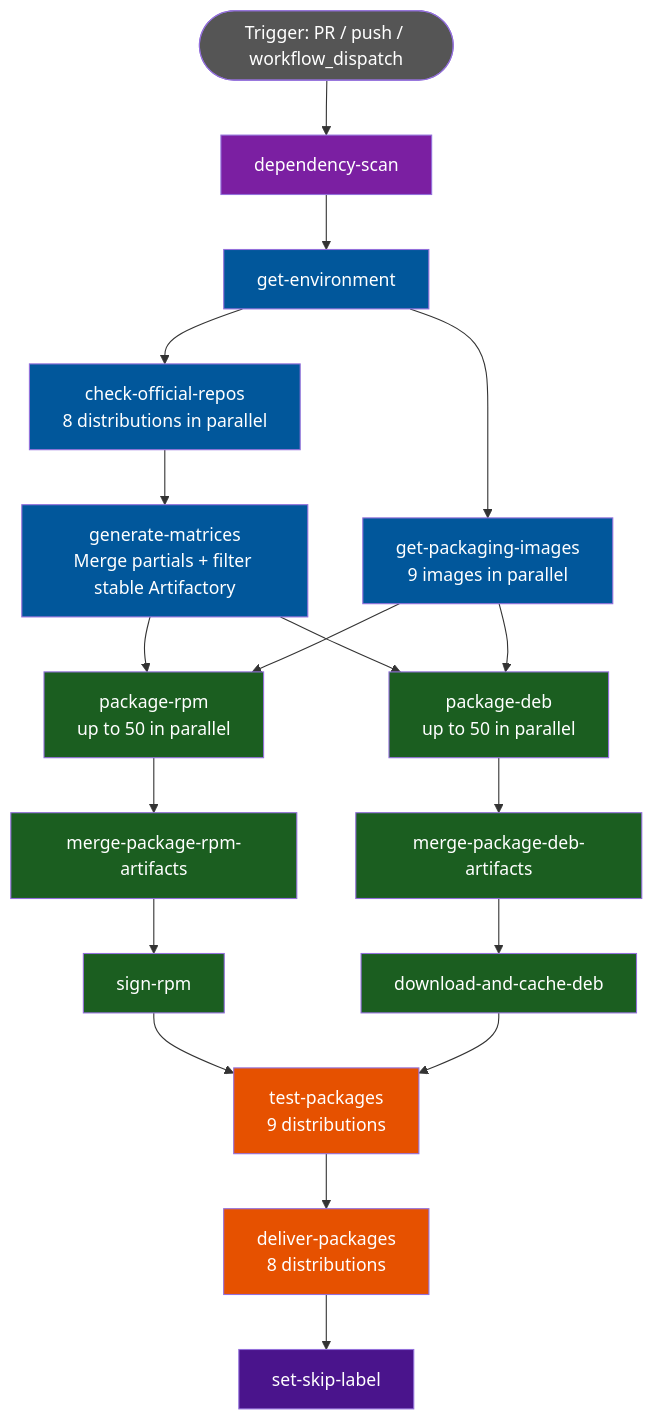
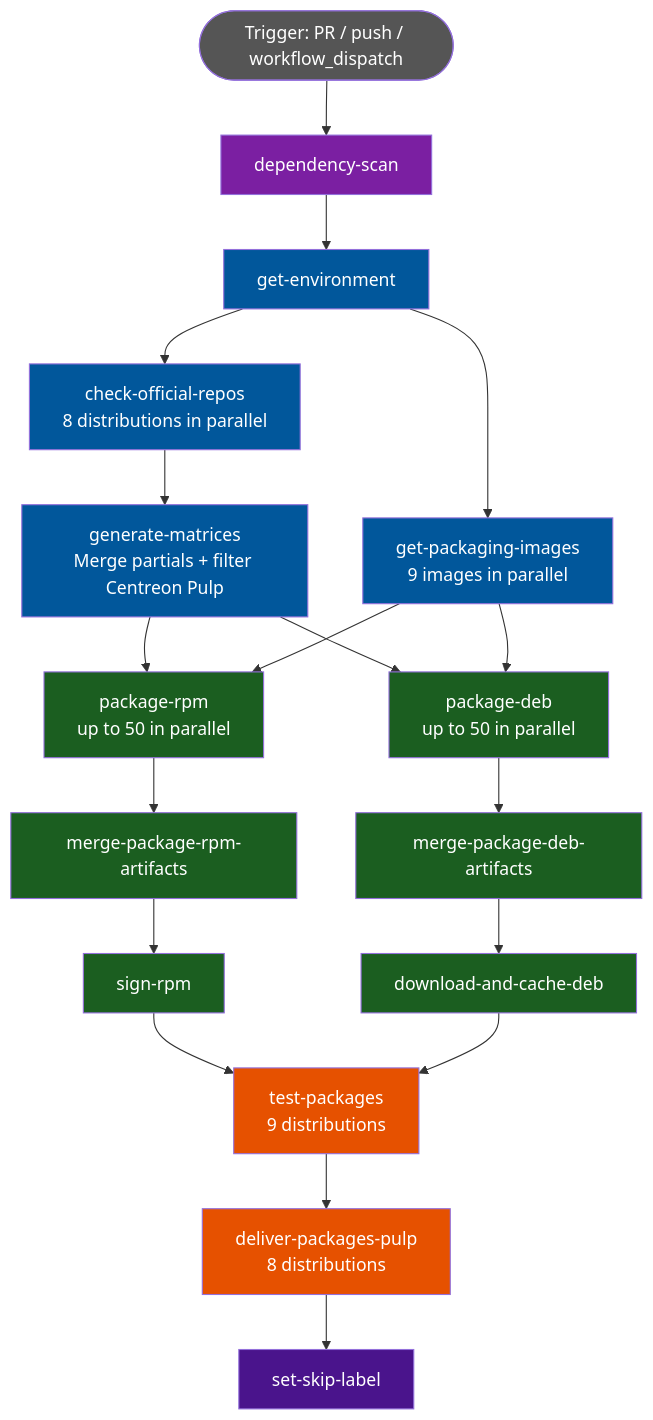
The first of 2 diagrams in doc/en/developer/perl-cpan-libraries-ci.md (centreon/centreon-plugins), drawn with Mermaid before and after one commit. The commit also changed other lines of this file and 21 other files, not shown here.

````diff
--- a/doc/en/developer/perl-cpan-libraries-ci.md
+++ b/doc/en/developer/perl-cpan-libraries-ci.md
@@ -13,42 +13,42 @@
 ```mermaid
 flowchart TD
     TRIGGER([Trigger: PR / push / workflow_dispatch]) --> DEP[dependency-scan]
     DEP --> ENV[get-environment]
 
     ENV --> CHK[check-official-repos\n8 distributions in parallel]
     ENV --> GPI[get-packaging-images\n9 images in parallel]
 
-    CHK --> GEN[generate-matrices\nMerge partials + filter stable Artifactory]
+    CHK --> GEN[generate-matrices\nMerge partials + filter Centreon Pulp]
     GEN --> PRPM[package-rpm\nup to 50 in parallel]
     GEN --> PDEB[package-deb\nup to 50 in parallel]
     GPI --> PRPM
     GPI --> PDEB
 
     PRPM --> MRPM[merge-package-rpm-artifacts]
     PDEB --> MDEB[merge-package-deb-artifacts]
 
     MRPM --> SIGN[sign-rpm]
     MDEB --> CDEB[download-and-cache-deb]
 
     SIGN --> TEST[test-packages\n9 distributions]
     CDEB --> TEST
 
-    TEST --> DP[deliver-packages\n8 distributions]
+    TEST --> DP[deliver-packages-pulp\n8 distributions]
     DP --> SKIP[set-skip-label]
 
     style TRIGGER fill:#555,color:#fff
     style DEP fill:#7b1fa2,color:#fff
     style ENV fill:#01579b,color:#fff
     style CHK fill:#01579b,color:#fff
     style GPI fill:#01579b,color:#fff
     style GEN fill:#01579b,color:#fff
     style PRPM fill:#1b5e20,color:#fff
     style PDEB fill:#1b5e20,color:#fff
     style MRPM fill:#1b5e20,color:#fff
     style MDEB fill:#1b5e20,color:#fff
     style SIGN fill:#1b5e20,color:#fff
     style CDEB fill:#1b5e20,color:#fff
     style TEST fill:#e65100,color:#fff
     style DP fill:#e65100,color:#fff
     style SKIP fill:#4a148c,color:#fff
 ```
````
